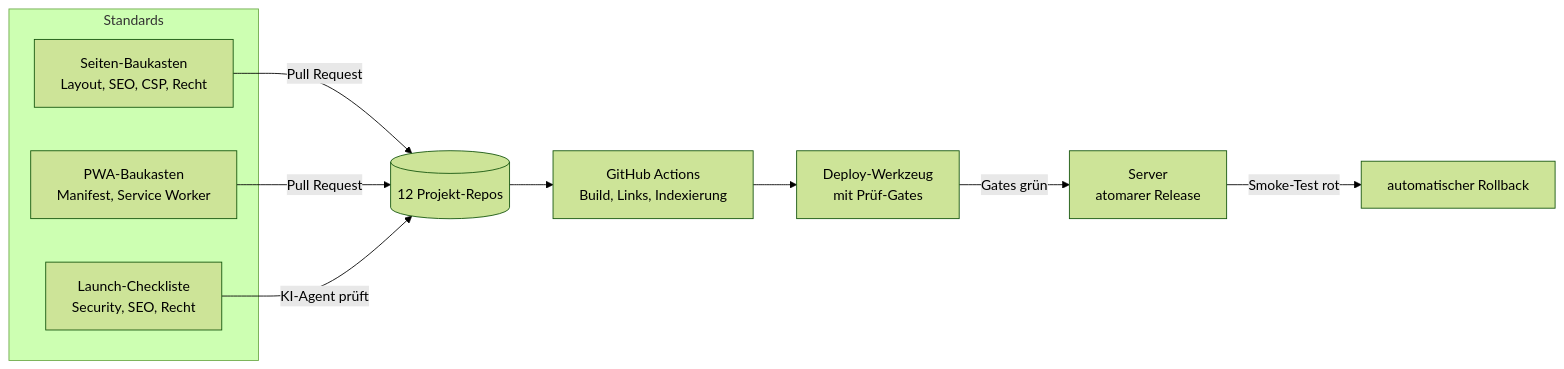
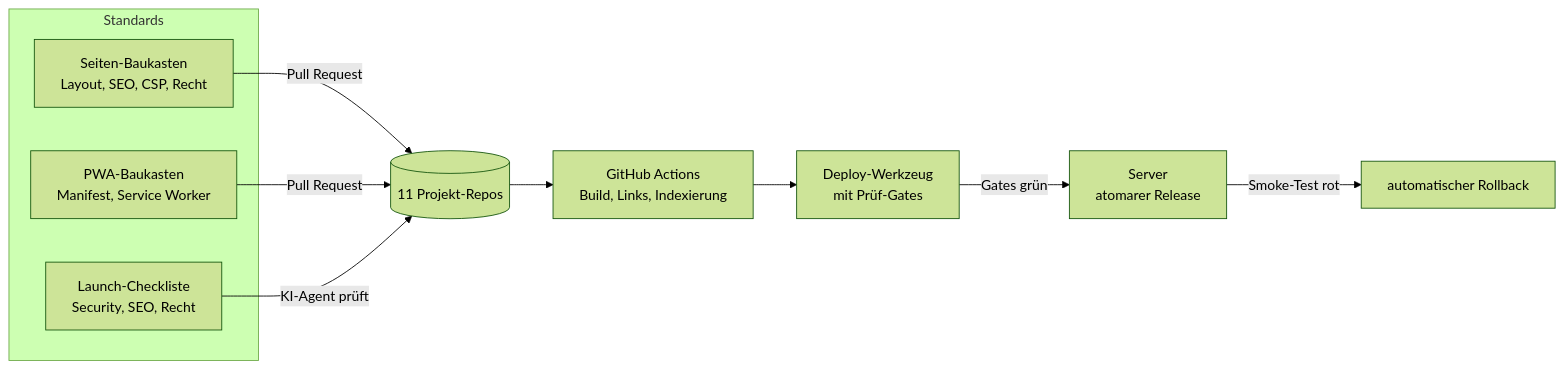
The diagram in README.md (enricorufnak/enricorufnak), drawn with Mermaid (forest theme) before and after one commit. The commit also changed other lines of this file, not shown here.

````diff
--- a/README.md
+++ b/README.md
@@ -22,15 +22,15 @@
 ```mermaid
 flowchart LR
     subgraph Standards
         K[Seiten-Baukasten<br/>Layout, SEO, CSP, Recht]
         P[PWA-Baukasten<br/>Manifest, Service Worker]
         L[Launch-Checkliste<br/>Security, SEO, Recht]
     end
-    K -- Pull Request --> R[(12 Projekt-Repos)]
+    K -- Pull Request --> R[(11 Projekt-Repos)]
     P -- Pull Request --> R
     L -- KI-Agent prüft --> R
     R --> CI[GitHub Actions<br/>Build, Links, Indexierung]
     CI --> D[Deploy-Werkzeug<br/>mit Prüf-Gates]
     D -->|Gates grün| S[Server<br/>atomarer Release]
     S -->|Smoke-Test rot| RB[automatischer Rollback]
 ```
````
